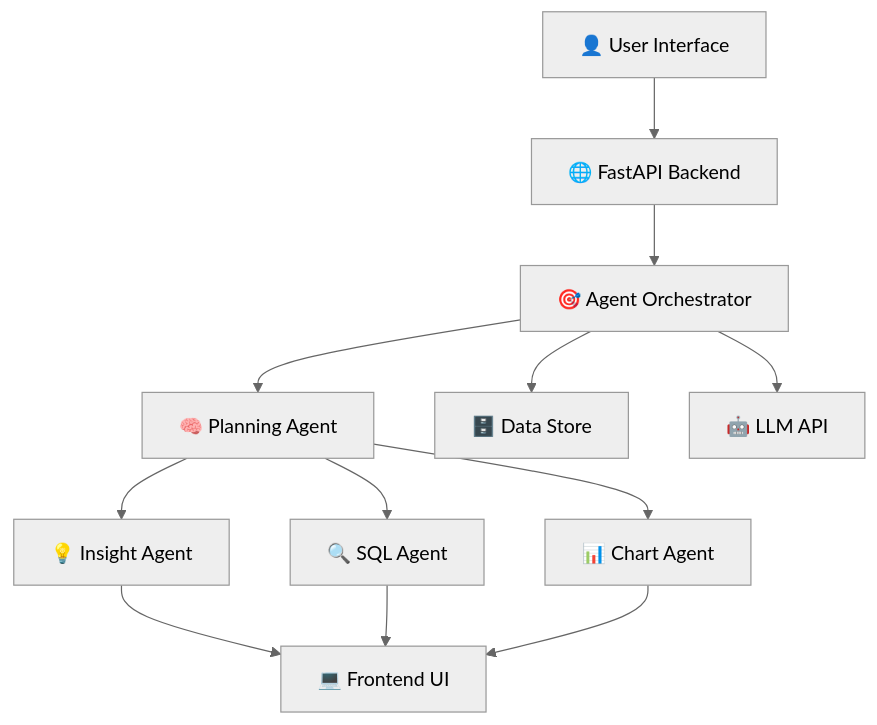
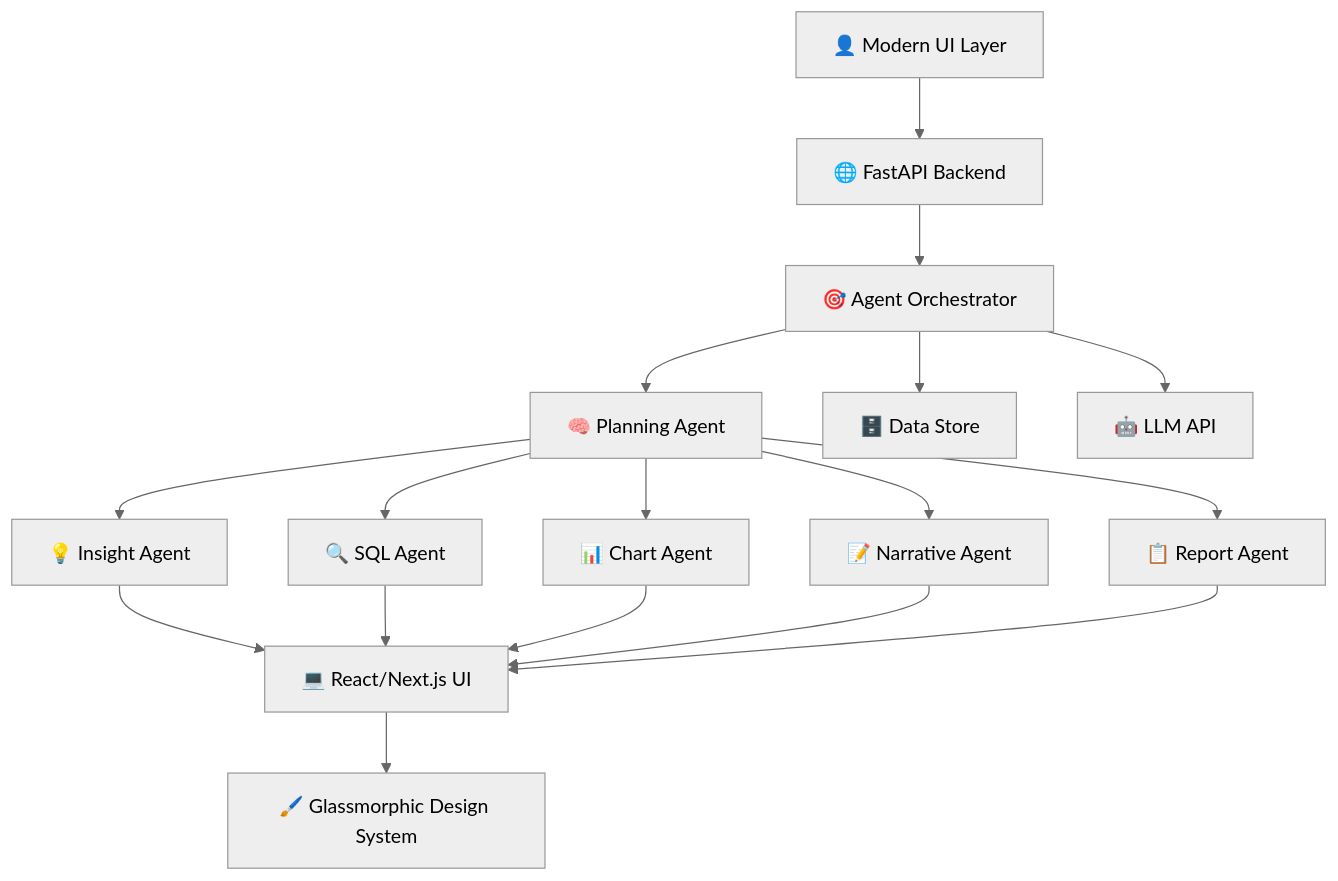
One commit to MlvPrasadOfficial/enterprise-insights-copilot changed the first of 2 diagrams in README.md. Above: the diagram before and after it, drawn with Mermaid (neutral theme). The commit also changed other lines of this file and 24 other files, not shown here.

````diff
--- a/README.md
+++ b/README.md
@@ -38,14 +39,15 @@
 ```mermaid
 flowchart TD
-    A[👤 User Interface] --> B[🌐 FastAPI Backend]
+    A[👤 Modern UI Layer] --> B[🌐 FastAPI Backend]
     B --> C[🎯 Agent Orchestrator]
     C --> D1[🧠 Planning Agent]
     D1 --> E1[💡 Insight Agent]
     D1 --> E2[🔍 SQL Agent]
     D1 --> E3[📊 Chart Agent]
+    D1 --> E4[📝 Narrative Agent]
+    D1 --> E5[📋 Report Agent]
     C --> F[🗄️ Data Store]
     C --> G[🤖 LLM API]
-    E1 --> H[💻 Frontend UI]
-    E2 --> H
-    E3 --> H
+    E1 & E2 & E3 & E4 & E5 --> H[💻 React/Next.js UI]
+    H --> I[🖌️ Glassmorphic Design System]
 ```
````
